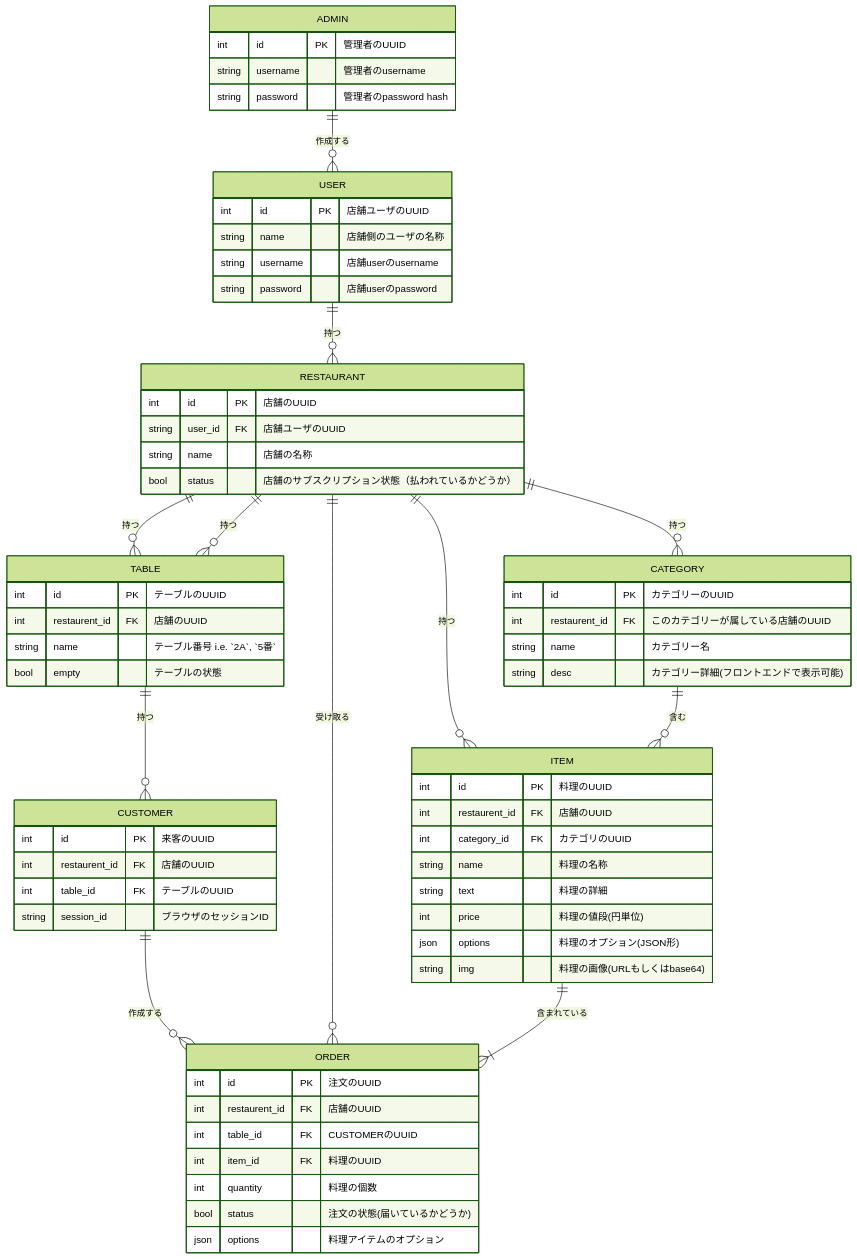
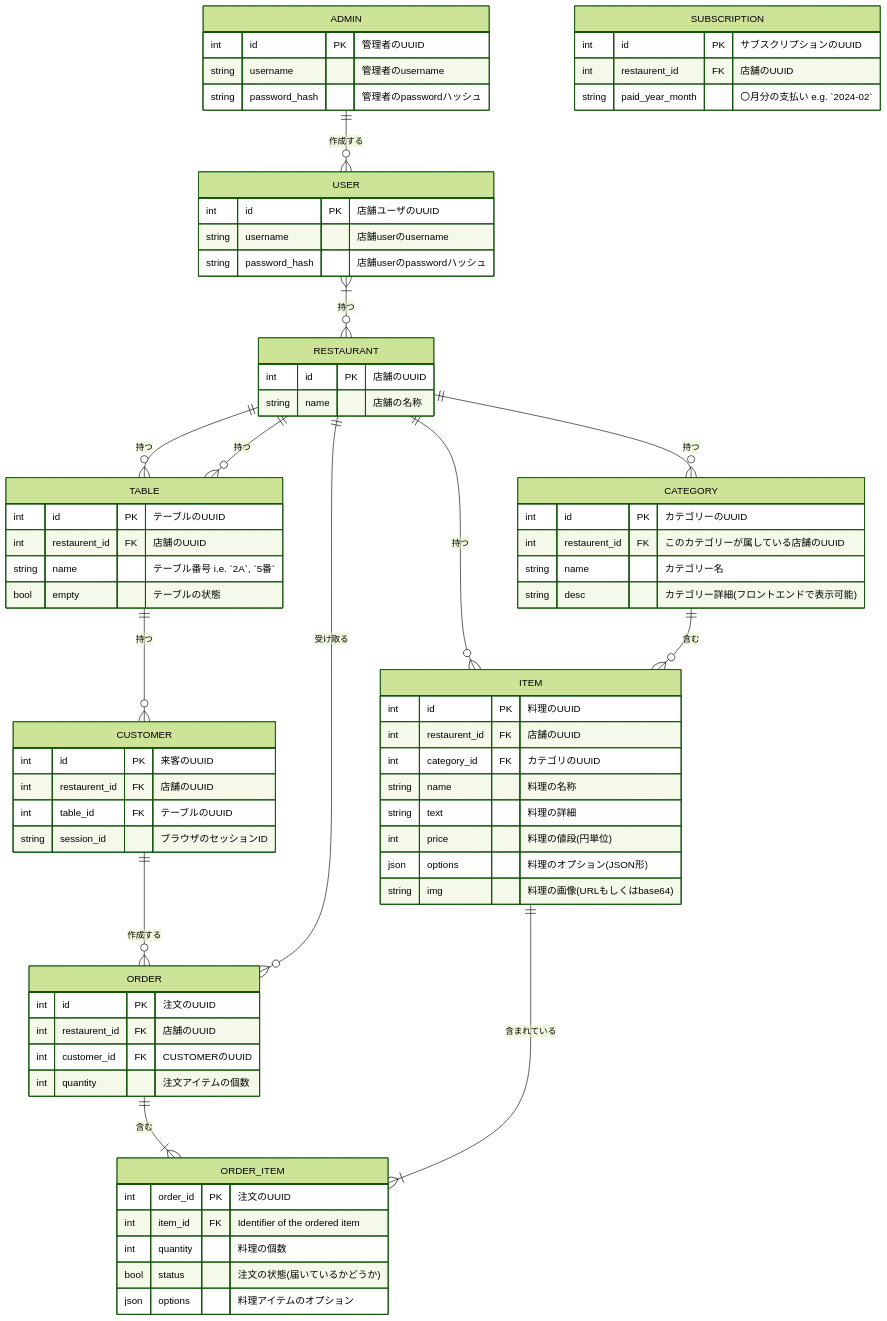
One commit to Sardonyx001/qr-order changed the diagram in backend/docs/ER_DIAGRAM.md. Above: the diagram before and after it, drawn with Mermaid (forest theme).

Commit message:
refactor: ER図を修正しました

````diff
--- a/backend/docs/ER_DIAGRAM.md
+++ b/backend/docs/ER_DIAGRAM.md
@@ -6,21 +6,24 @@
     ADMIN {
         int id PK "管理者のUUID"
         string username "管理者のusername"
-        string password "管理者のpassword hash"
+        string password_hash "管理者のpasswordハッシュ"
     }
 
     USER {
         int id PK "店舗ユーザのUUID"
-        string name "店舗側のユーザの名称"
         string username "店舗userのusername"
-        string password "店舗userのpassword"
+        string password_hash "店舗userのpasswordハッシュ"
     }
 
     RESTAURANT {
         int id PK "店舗のUUID"
-        string user_id FK "店舗ユーザのUUID"
         string name "店舗の名称"
-        bool status "店舗のサブスクリプション状態（払われているかどうか）"
+    }
+
+    SUBSCRIPTION {
+        int id PK "サブスクリプションのUUID"
+        int restaurent_id FK "店舗のUUID"
+        string paid_year_month "〇月分の支払い e.g. `2024-02`"
     }
 
     TABLE {
@@ -51,8 +54,13 @@
     ORDER {
         int id PK "注文のUUID"
         int restaurent_id FK "店舗のUUID"
-        int table_id FK "CUSTOMERのUUID"
-        int item_id FK "料理のUUID"
+        int customer_id FK "CUSTOMERのUUID"
+        int quantity "注文アイテムの個数"
+    }
+
+    ORDER_ITEM {
+        int order_id PK "注文のUUID"
+        int item_id FK "Identifier of the ordered item"
         int quantity "料理の個数"
         bool status "注文の状態(届いているかどうか)"
         json options "料理アイテムのオプション"
@@ -66,14 +74,15 @@
     }
 
     ADMIN ||--o{ USER : "作成する"
-    USER ||--o{ RESTAURANT : "持つ"
+    USER }|--o{ RESTAURANT : "持つ"
     CUSTOMER ||--o{ ORDER : "作成する"
     RESTAURANT ||--o{ TABLE : "持つ"
     RESTAURANT ||--o{ ORDER : "受け取る"
     RESTAURANT ||--o{ ITEM : "持つ"
     RESTAURANT ||--o{ TABLE : "持つ"
     RESTAURANT ||--o{ CATEGORY : "持つ"
+    ORDER ||--|{ ORDER_ITEM : "含む"
     CATEGORY ||--o{ ITEM : "含む"
-    ITEM ||--|{ ORDER : "含まれている"
+    ITEM ||--|{ ORDER_ITEM : "含まれている"
     TABLE ||--o{ CUSTOMER: "持つ"
 ```
````
